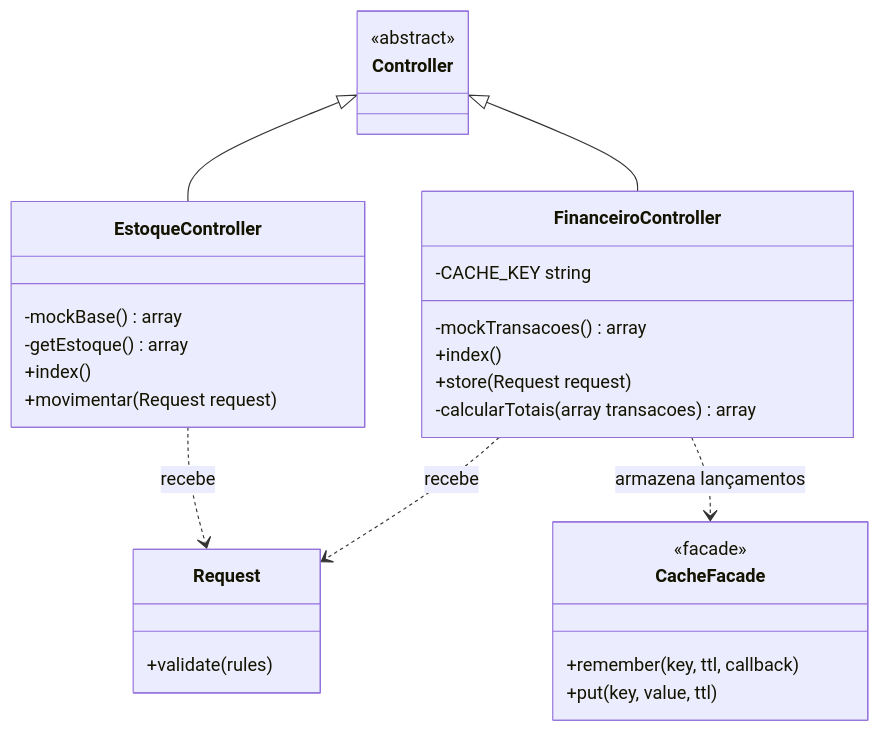
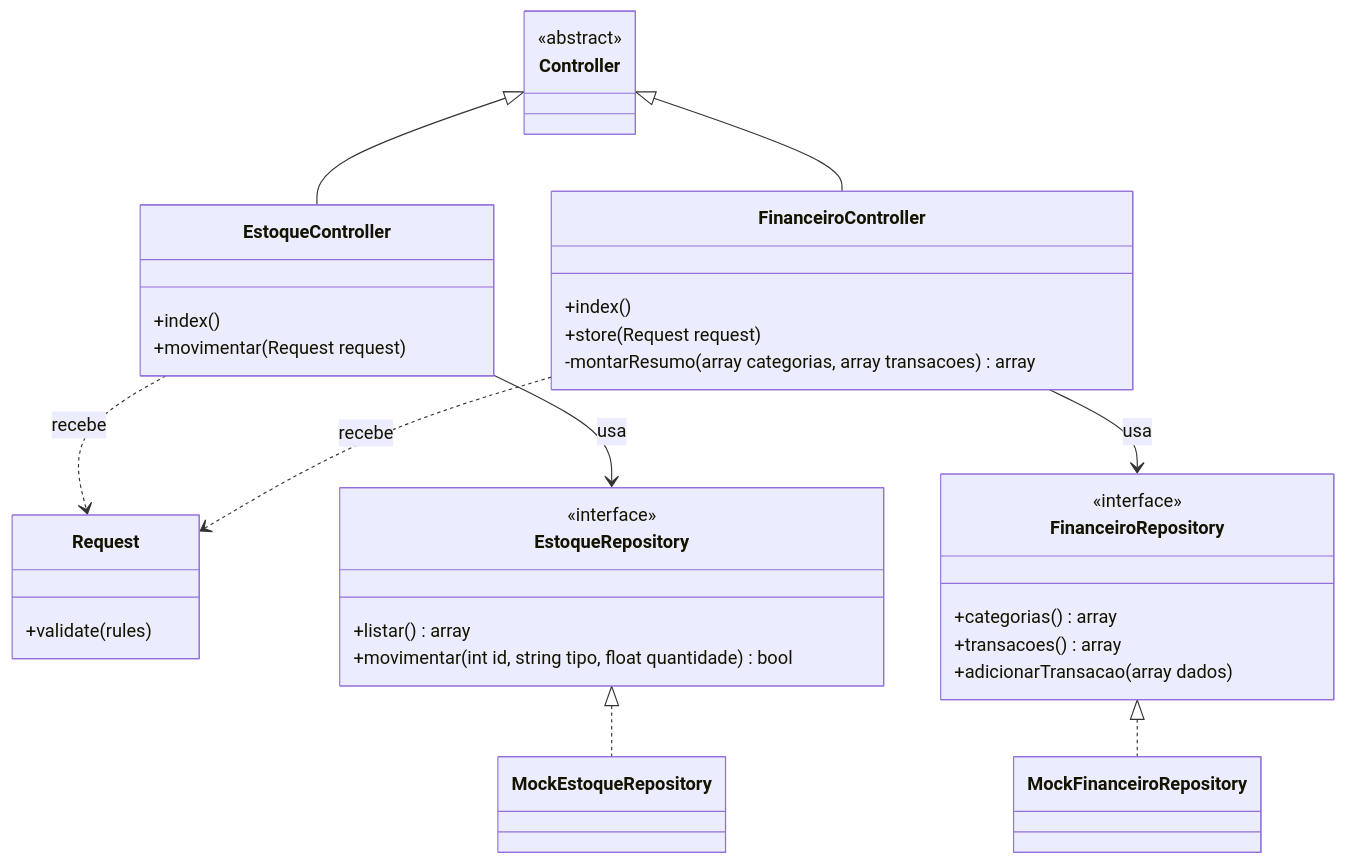
One commit to FontanaLeo/acougue-manager changed the third of 3 diagrams in COMO-INICIAR.md. Above: the diagram before and after it, drawn with Mermaid. The commit also changed other lines of this file and 20 other files, not shown here.

First line of the commit message:
Gera os cards a partir de dados mock trocáveis

````diff
--- a/COMO-INICIAR.md
+++ b/COMO-INICIAR.md
@@ -109,37 +109,46 @@
 ```mermaid
 classDiagram
     class Controller {
         <<abstract>>
     }
 
     class EstoqueController {
-        -mockBase() array
-        -getEstoque() array
         +index()
         +movimentar(Request request)
     }
 
     class FinanceiroController {
-        -CACHE_KEY string
-        -mockTransacoes() array
         +index()
         +store(Request request)
-        -calcularTotais(array transacoes) array
+        -montarResumo(array categorias, array transacoes) array
     }
 
     class Request {
         +validate(rules)
     }
 
-    class CacheFacade {
-        <<facade>>
-        +remember(key, ttl, callback)
-        +put(key, value, ttl)
+    class EstoqueRepository {
+        <<interface>>
+        +listar() array
+        +movimentar(int id, string tipo, float quantidade) bool
     }
+
+    class FinanceiroRepository {
+        <<interface>>
+        +categorias() array
+        +transacoes() array
+        +adicionarTransacao(array dados)
+    }
+
+    class MockEstoqueRepository
+    class MockFinanceiroRepository
 
     Controller <|-- EstoqueController
     Controller <|-- FinanceiroController
     EstoqueController ..> Request : recebe
     FinanceiroController ..> Request : recebe
-    FinanceiroController ..> CacheFacade : armazena lançamentos
+    EstoqueController --> EstoqueRepository : usa
+    FinanceiroController --> FinanceiroRepository : usa
+    EstoqueRepository <|.. MockEstoqueRepository
+    FinanceiroRepository <|.. MockFinanceiroRepository
 ```
````
